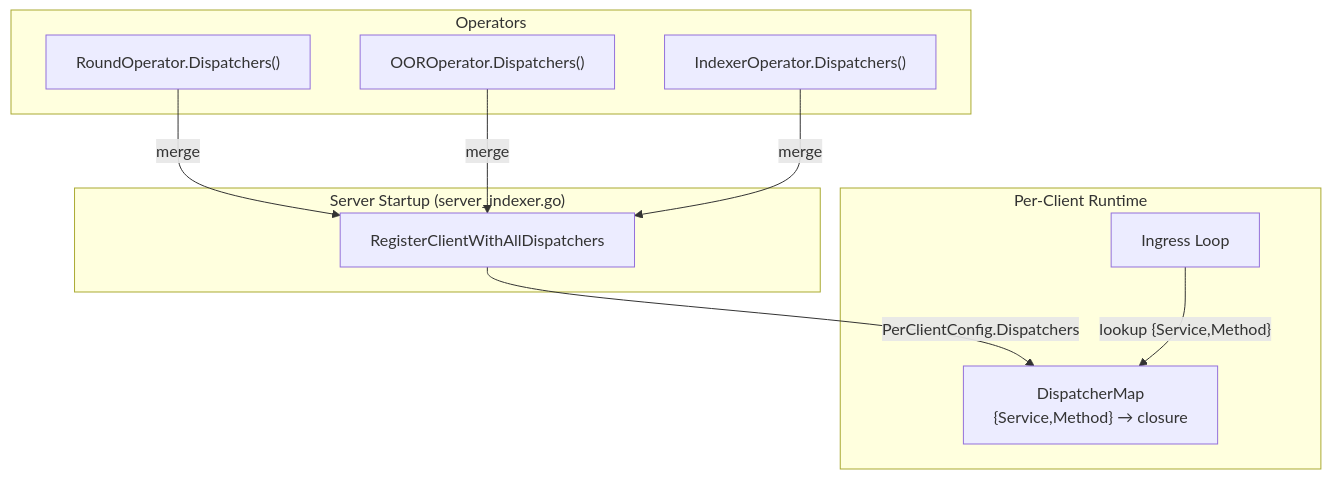
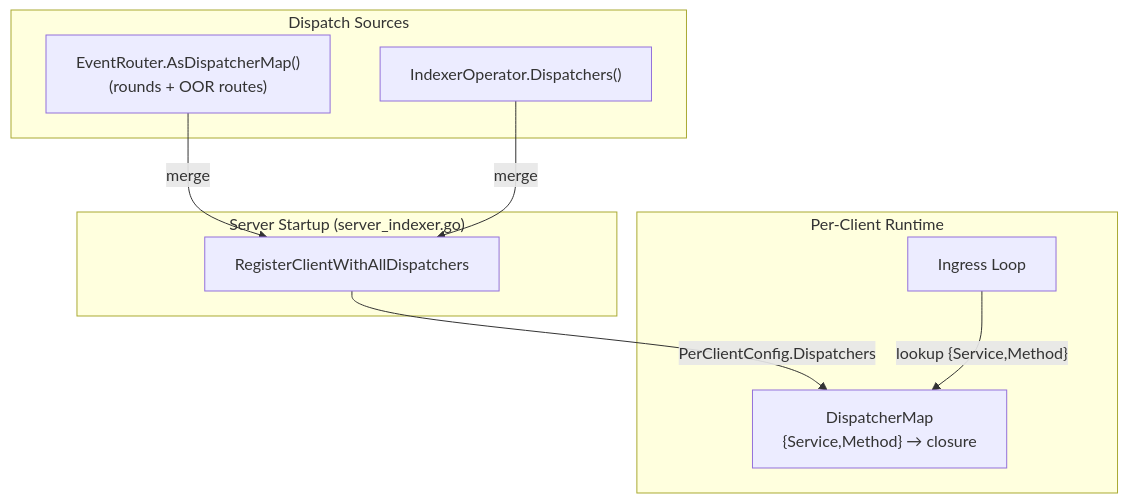
Before and after one commit to lightninglabs/wavelength: the eighth of 9 diagrams in docs/clientconn_architecture.md, drawn with Mermaid. The commit also changed other lines of this file and 9 other files, not shown here.

````diff
--- a/docs/clientconn_architecture.md
+++ b/docs/clientconn_architecture.md
@@ -509,23 +519,21 @@
 ```mermaid
 flowchart TB
     subgraph "Server Startup (server_indexer.go)"
         REG["RegisterClientWithAllDispatchers"]
     end
 
-    subgraph "Operators"
-        RO["RoundOperator.Dispatchers()"]
-        OO["OOROperator.Dispatchers()"]
+    subgraph "Dispatch Sources"
+        ER["EventRouter.AsDispatcherMap()<br/>(rounds + OOR routes)"]
         IO["IndexerOperator.Dispatchers()"]
     end
 
     subgraph "Per-Client Runtime"
         IL["Ingress Loop"]
         DM["DispatcherMap<br/>{Service,Method} → closure"]
     end
 
-    RO -->|merge| REG
-    OO -->|merge| REG
+    ER -->|merge| REG
     IO -->|merge| REG
     REG -->|"PerClientConfig.Dispatchers"| DM
     IL -->|"lookup {Service,Method}"| DM
 ```
````
